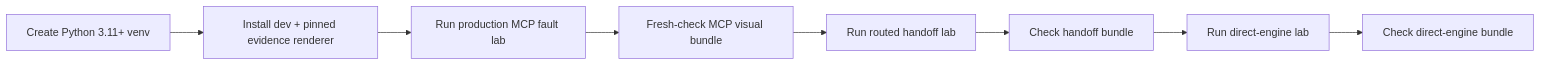
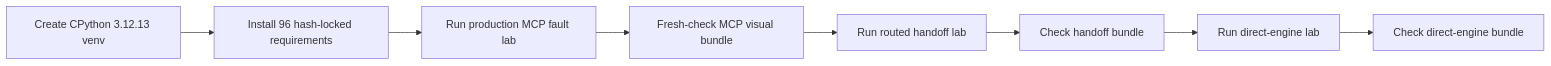
The diagram in README.md (omar07ibrahim/k2do), drawn with Mermaid before and after one commit. The commit also changed other lines of this file and 2 other files, not shown here.

Commit message:
Document the locked evidence contract

````diff
--- a/README.md
+++ b/README.md
@@ -33,10 +33,10 @@
 ```mermaid
 flowchart LR
-    V["Create Python 3.11+ venv"] --> I["Install dev + pinned evidence renderer"]
+    V["Create CPython 3.12.13 venv"] --> I["Install 96 hash-locked requirements"]
     I --> M["Run production MCP fault lab"]
     M --> MC["Fresh-check MCP visual bundle"]
     MC --> H["Run routed handoff lab"]
     H --> HC["Check handoff bundle"]
     HC --> D["Run direct-engine lab"]
     D --> DC["Check direct-engine bundle"]
 ```
````
